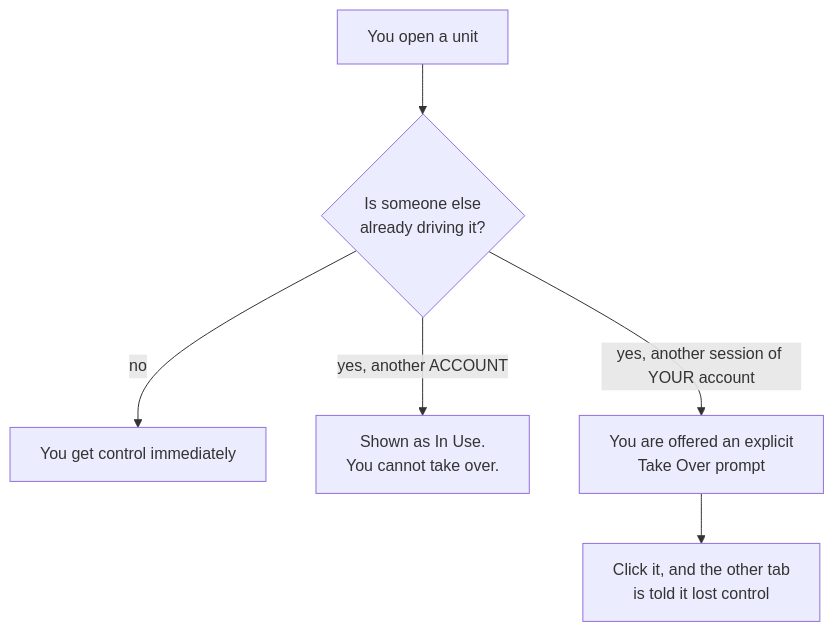
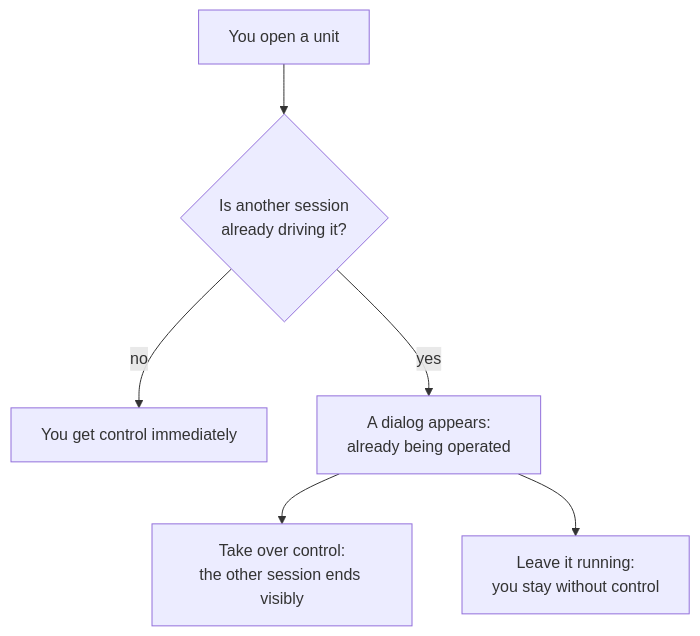
The first of 4 diagrams in docs/id/user-guide/behavior.md (itbdelaboprogramming/msd700_documentation), drawn with Mermaid before and after one commit. The commit also changed other lines of this file and 32 other files, not shown here.

````diff
--- a/docs/id/user-guide/behavior.md
+++ b/docs/id/user-guide/behavior.md
@@ -41,8 +41,8 @@
 ```mermaid
 flowchart TB
-  A["You open a unit"] --> B{"Is someone else<br/>already driving it?"}
+  A["You open a unit"] --> B{"Is another session<br/>already driving it?"}
   B -->|no| C["You get control immediately"]
-  B -->|"yes, another ACCOUNT"| D["Shown as In Use.<br/>You cannot take over."]
-  B -->|"yes, another session of YOUR account"| E["You are offered an explicit<br/>Take Over prompt"]
-  E --> F["Click it, and the other tab<br/>is told it lost control"]
+  B -->|yes| D["A dialog appears:<br/>already being operated"]
+  D --> E["Take over control:<br/>the other session ends visibly"]
+  D --> F["Leave it running:<br/>you stay without control"]
 ```
````
